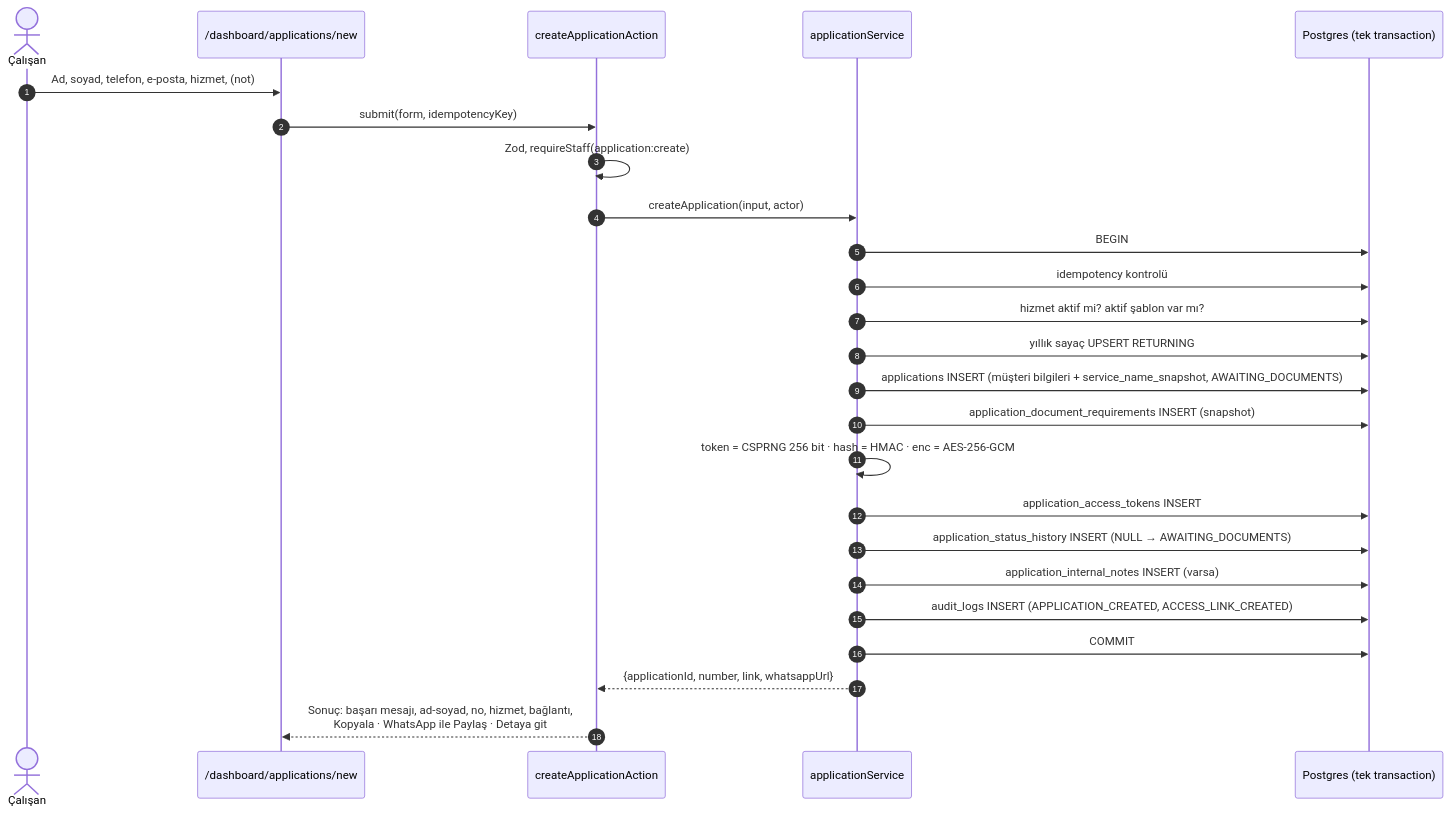
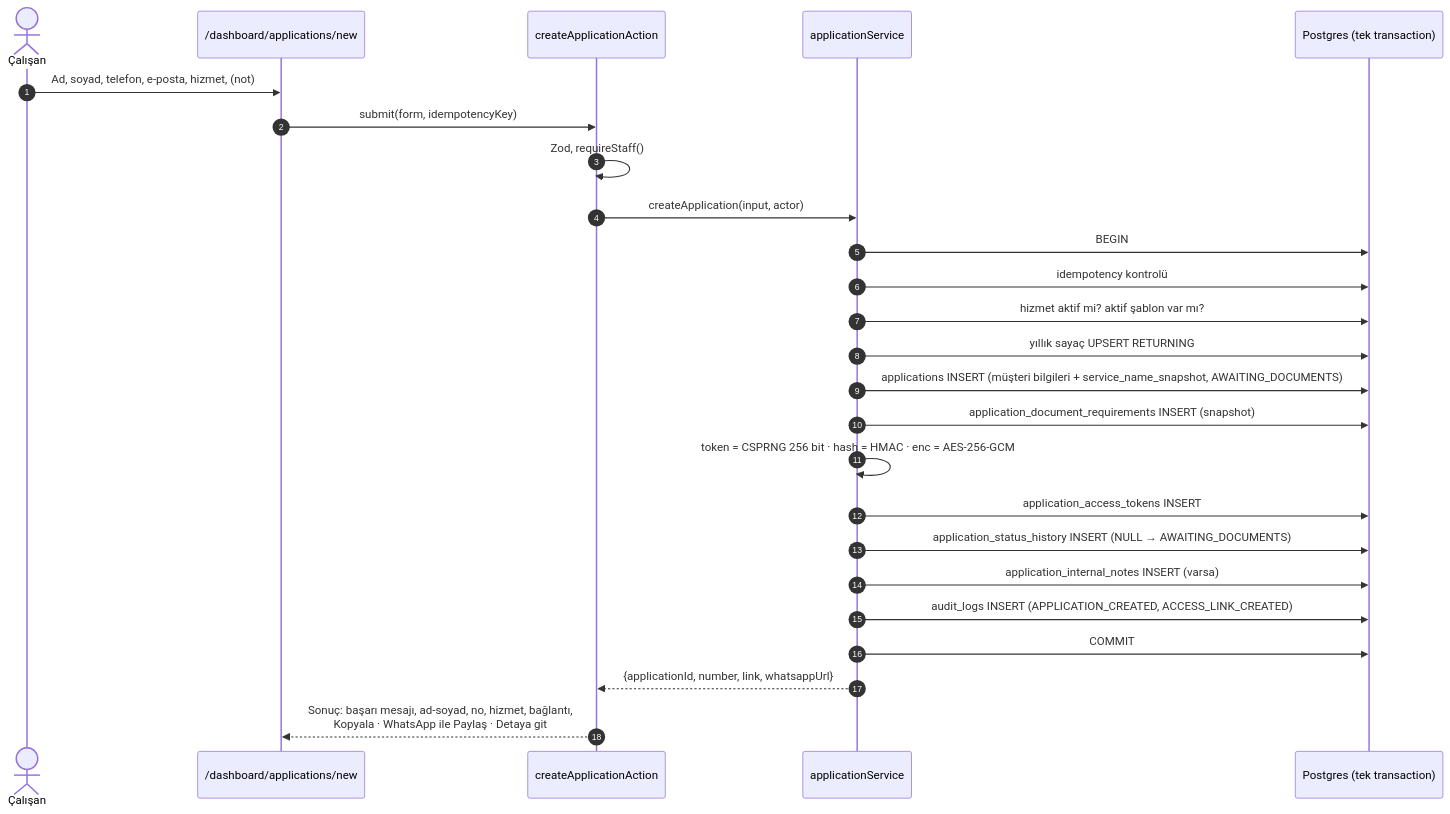
One commit to gokturkdogan/Cs-Global-Panel changed the second of 3 diagrams in docs/ARCHITECTURE.md. Above: the diagram before and after it, drawn with Mermaid. The commit also changed other lines of this file and 107 other files, not shown here.

````diff
--- a/docs/ARCHITECTURE.md
+++ b/docs/ARCHITECTURE.md
@@ -62,28 +62,28 @@
 ```mermaid
 sequenceDiagram
     autonumber
     actor E as Çalışan
     participant UI as /dashboard/applications/new
     participant A as createApplicationAction
     participant S as applicationService
     participant DB as Postgres (tek transaction)
 
     E->>UI: Ad, soyad, telefon, e-posta, hizmet, (not)
     UI->>A: submit(form, idempotencyKey)
-    A->>A: Zod, requireStaff(application:create)
+    A->>A: Zod, requireStaff()
     A->>S: createApplication(input, actor)
     S->>DB: BEGIN
     S->>DB: idempotency kontrolü
     S->>DB: hizmet aktif mi? aktif şablon var mı?
     S->>DB: yıllık sayaç UPSERT RETURNING
     S->>DB: applications INSERT (müşteri bilgileri + service_name_snapshot, AWAITING_DOCUMENTS)
     S->>DB: application_document_requirements INSERT (snapshot)
     S->>S: token = CSPRNG 256 bit · hash = HMAC · enc = AES-256-GCM
     S->>DB: application_access_tokens INSERT
     S->>DB: application_status_history INSERT (NULL → AWAITING_DOCUMENTS)
     S->>DB: application_internal_notes INSERT (varsa)
     S->>DB: audit_logs INSERT (APPLICATION_CREATED, ACCESS_LINK_CREATED)
     S->>DB: COMMIT
     S-->>A: {applicationId, number, link, whatsappUrl}
     A-->>UI: Sonuç: başarı mesajı, ad-soyad, no, hizmet, bağlantı,<br/>Kopyala · WhatsApp ile Paylaş · Detaya git
 ```
````
